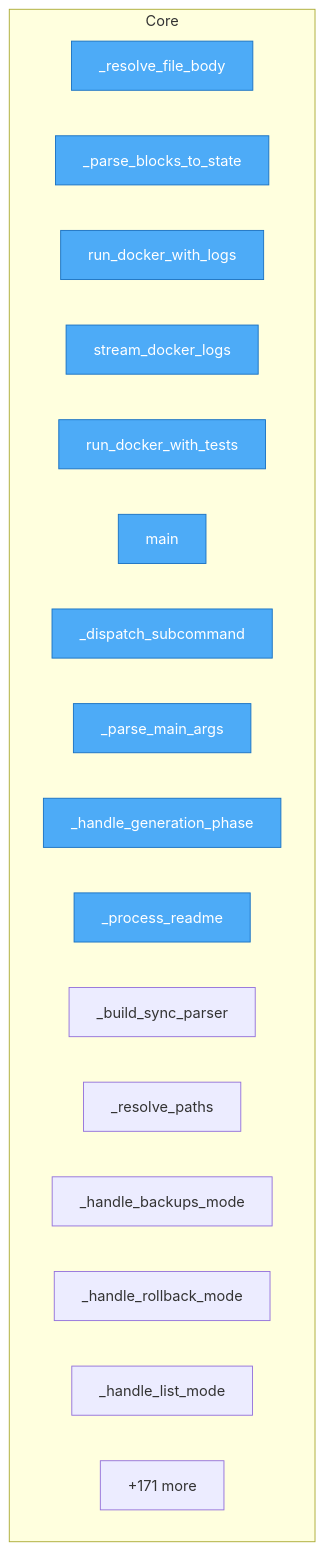
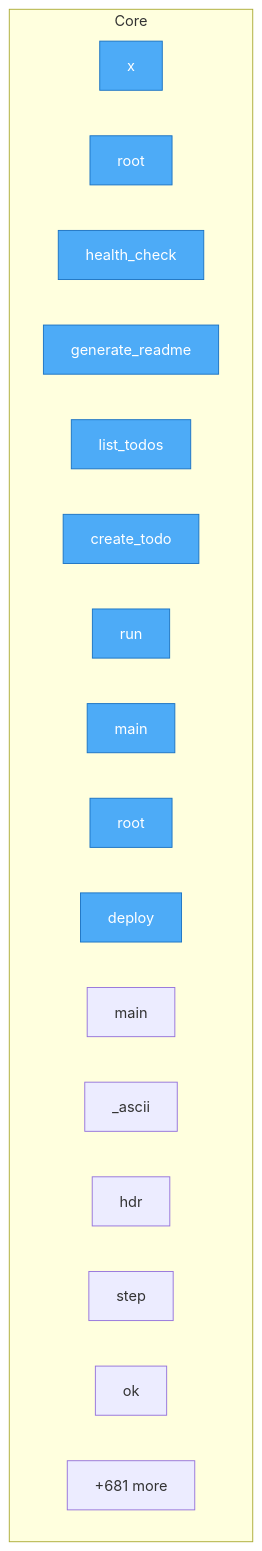
One commit to markpact/markpact changed the diagram in project/flow.mmd. Above: the diagram before and after it, drawn with Mermaid. The commit also changed 29 other files, not shown here.

```diff
--- a/project/flow.mmd
+++ b/project/flow.mmd
@@ -1,25 +1,25 @@
 flowchart TD
 
     %% Entry points (blue)
     classDef entry fill:#4dabf7,stroke:#1971c2,color:#fff
 
     subgraph Core
-        src__markpact__cli__helpers___resolve_file_body["_resolve_file_body"]
-        src__markpact__cli__helpers___parse_blocks_to_state["_parse_blocks_to_state"]
-        src__markpact__docker_runner__run_docker_with_logs["run_docker_with_logs"]
-        src__markpact__docker_runner__stream_docker_logs["stream_docker_logs"]
-        src__markpact__docker_runner__run_docker_with_tests["run_docker_with_tests"]
-        src__markpact__cli__main["main"]
-        src__markpact__cli___dispatch_subcommand["_dispatch_subcommand"]
-        src__markpact__cli___parse_main_args["_parse_main_args"]
-        src__markpact__cli___handle_generation_phase["_handle_generation_phase"]
-        src__markpact__cli___process_readme["_process_readme"]
-        src__markpact__cli__sync_cmd___build_sync_parser["_build_sync_parser"]
-        src__markpact__cli__sync_cmd___resolve_paths["_resolve_paths"]
-        src__markpact__cli__sync_cmd___handle_backups_mode["_handle_backups_mode"]
-        src__markpact__cli__sync_cmd___handle_rollback_mode["_handle_rollback_mode"]
-        src__markpact__cli__sync_cmd___handle_list_mode["_handle_list_mode"]
-        ...["+171 more"]
+        TODO__x["x"]
+        docs__contract__root["root"]
+        generated__live__README__health_check["health_check"]
+        docs__README__generate_readme["generate_readme"]
+        docs__llm__list_todos["list_todos"]
+        docs__llm__create_todo["create_todo"]
+        README__run["run"]
+        README__main["main"]
+        README__root["root"]
+        docs__runtime_v2_improvements__deploy["deploy"]
+        SUMD__main["main"]
+        SUMD___ascii["_ascii"]
+        SUMD__hdr["hdr"]
+        SUMD__step["step"]
+        SUMD__ok["ok"]
+        ...["+681 more"]
     end
 
-    class src__markpact__cli__helpers___resolve_file_body,src__markpact__cli__helpers___parse_blocks_to_state,src__markpact__docker_runner__run_docker_with_logs,src__markpact__docker_runner__stream_docker_logs,src__markpact__docker_runner__run_docker_with_tests,src__markpact__cli__main,src__markpact__cli___dispatch_subcommand,src__markpact__cli___parse_main_args,src__markpact__cli___handle_generation_phase,src__markpact__cli___process_readme entry
+    class TODO__x,docs__contract__root,generated__live__README__health_check,docs__README__generate_readme,docs__llm__list_todos,docs__llm__create_todo,README__run,README__main,README__root,docs__runtime_v2_improvements__deploy entry
```
